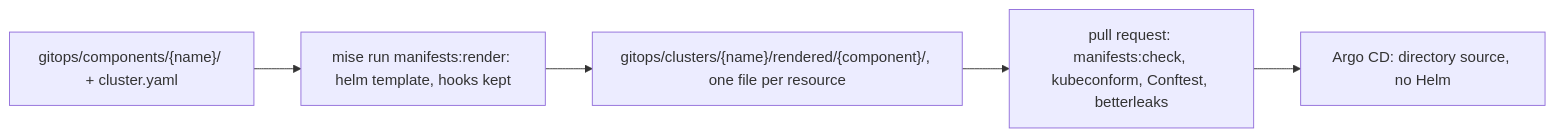
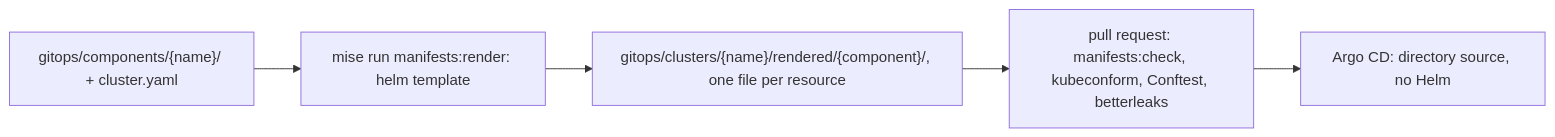
One commit to gsuquet/infra changed the diagram in docs/rfc/0005-rendered-manifests-pattern.md. Above: the diagram before and after it, drawn with Mermaid. The commit also changed other lines of this file and 37 other files, not shown here.

````diff
--- a/docs/rfc/0005-rendered-manifests-pattern.md
+++ b/docs/rfc/0005-rendered-manifests-pattern.md
@@ -82,7 +89,7 @@
 ```mermaid
 flowchart LR
-    S["gitops/components/{name}/ + cluster.yaml"] --> R["mise run manifests:render: helm template, hooks kept"]
+    S["gitops/components/{name}/ + cluster.yaml"] --> R["mise run manifests:render: helm template"]
     R --> F["gitops/clusters/{name}/rendered/{component}/, one file per resource"]
     F --> PR["pull request: manifests:check, kubeconform, Conftest, betterleaks"]
     PR --> A["Argo CD: directory source, no Helm"]
 ```
````
